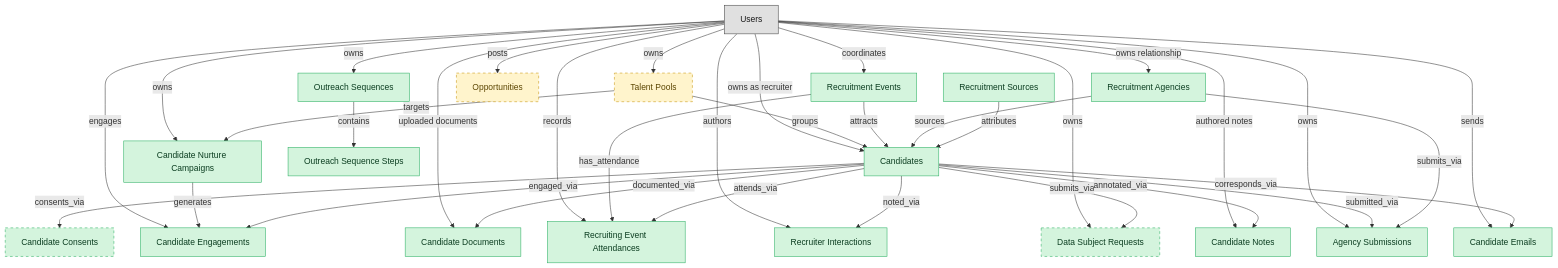
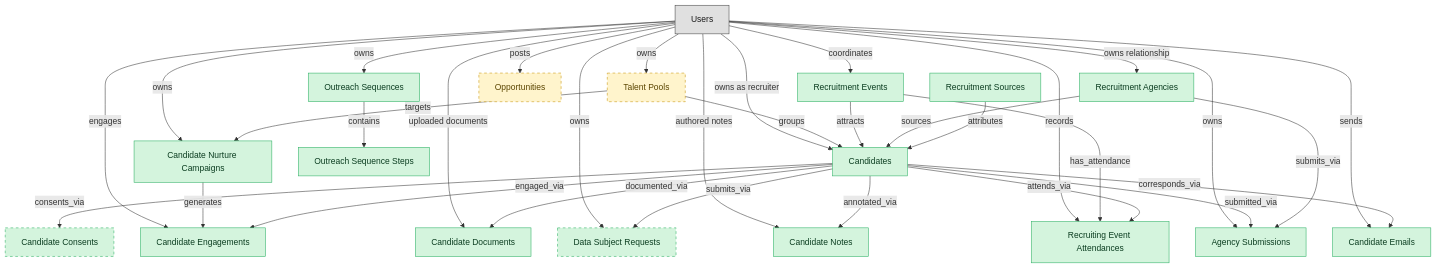
Before and after one commit to IntranetFactory/domain-map: the diagram in catalog/blueprints/ats-candidate-crm-semantic-blueprint.md, drawn with Mermaid. The commit also changed other lines of this file and 122 other files, not shown here.

````diff
--- a/catalog/blueprints/ats-candidate-crm-semantic-blueprint.md
+++ b/catalog/blueprints/ats-candidate-crm-semantic-blueprint.md
@@ -50,81 +50,77 @@
 ```mermaid
 flowchart TD
   classDef master fill:#d4f4dd,stroke:#27ae60,color:#0b3d20;
   classDef embedded_master fill:#fff4cc,stroke:#c79100,color:#5b4500;
   classDef platform_builtin fill:#e0e0e0,stroke:#424242,color:#1a1a1a;
   candidates["Candidates"]
   recruitment_sources["Recruitment Sources"]
   talent_pools["Talent Pools"]
   recruitment_agencies["Recruitment Agencies"]
   recruitment_events["Recruitment Events"]
   internal_opportunities["Opportunities"]
   candidate_engagements["Candidate Engagements"]
   candidate_nurture_campaigns["Candidate Nurture Campaigns"]
   recruiting_event_attendances["Recruiting Event Attendances"]
-  recruiter_interactions["Recruiter Interactions"]
   candidate_consents["Candidate Consents"]
   data_subject_requests["Data Subject Requests"]
   candidate_documents["Candidate Documents"]
   candidate_notes["Candidate Notes"]
   candidate_emails["Candidate Emails"]
   agency_submissions["Agency Submissions"]
   outreach_sequences["Outreach Sequences"]
   outreach_sequence_steps["Outreach Sequence Steps"]
   users["Users"]
   recruitment_sources -->|"attributes"| candidates
   recruitment_agencies -->|"sources"| candidates
   recruitment_events -->|"attracts"| candidates
   talent_pools -->|"groups"| candidates
   candidates -->|"engaged_via"| candidate_engagements
   candidate_nurture_campaigns -->|"generates"| candidate_engagements
   candidates -->|"attends_via"| recruiting_event_attendances
   recruitment_events -->|"has_attendance"| recruiting_event_attendances
-  candidates -->|"noted_via"| recruiter_interactions
   candidates -->|"consents_via"| candidate_consents
   talent_pools -->|"targets"| candidate_nurture_campaigns
   candidates -->|"submits_via"| data_subject_requests
   candidates -->|"documented_via"| candidate_documents
   candidates -->|"annotated_via"| candidate_notes
   candidates -->|"corresponds_via"| candidate_emails
   recruitment_agencies -->|"submits_via"| agency_submissions
   candidates -->|"submitted_via"| agency_submissions
   outreach_sequences -->|"contains"| outreach_sequence_steps
   users -->|"posts"| internal_opportunities
   users -->|"owns as recruiter"| candidates
   users -->|"owns"| talent_pools
   users -->|"owns relationship"| recruitment_agencies
   users -->|"coordinates"| recruitment_events
   users -->|"uploaded documents"| candidate_documents
   users -->|"authored notes"| candidate_notes
   users -->|"engages"| candidate_engagements
   users -->|"owns"| candidate_nurture_campaigns
   users -->|"owns"| data_subject_requests
   users -->|"records"| recruiting_event_attendances
-  users -->|"authors"| recruiter_interactions
   users -->|"sends"| candidate_emails
   users -->|"owns"| agency_submissions
   users -->|"owns"| outreach_sequences
   class candidates master;
   class recruitment_sources master;
   class talent_pools embedded_master;
   class recruitment_agencies master;
   class recruitment_events master;
   class internal_opportunities embedded_master;
   class candidate_engagements master;
   class candidate_nurture_campaigns master;
   class recruiting_event_attendances master;
-  class recruiter_interactions master;
   class candidate_consents master;
   class data_subject_requests master;
   class candidate_documents master;
   class candidate_notes master;
   class candidate_emails master;
   class agency_submissions master;
   class outreach_sequences master;
   class outreach_sequence_steps master;
   class users platform_builtin;
   style talent_pools stroke-dasharray:5 5;
   style internal_opportunities stroke-dasharray:5 5;
   style candidate_consents stroke-dasharray:5 5;
   style data_subject_requests stroke-dasharray:5 5;
 ```
````
